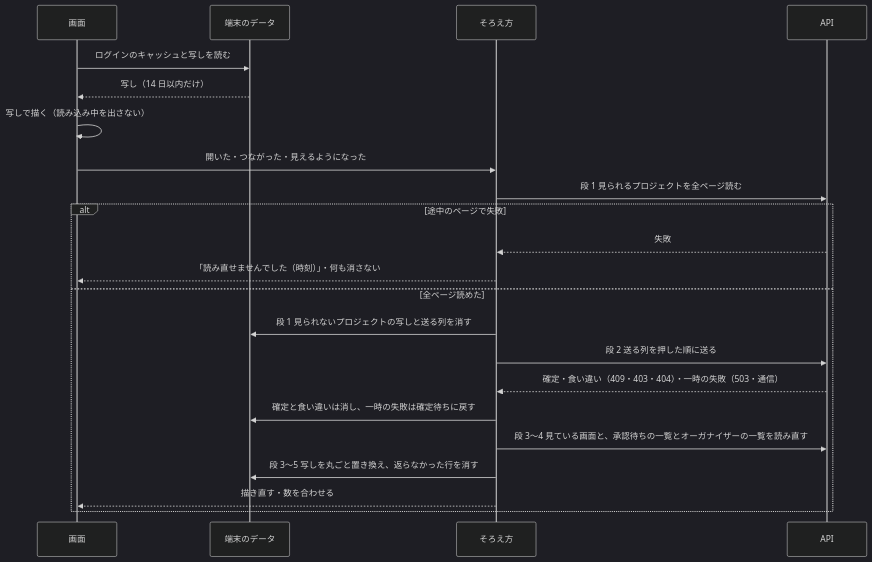
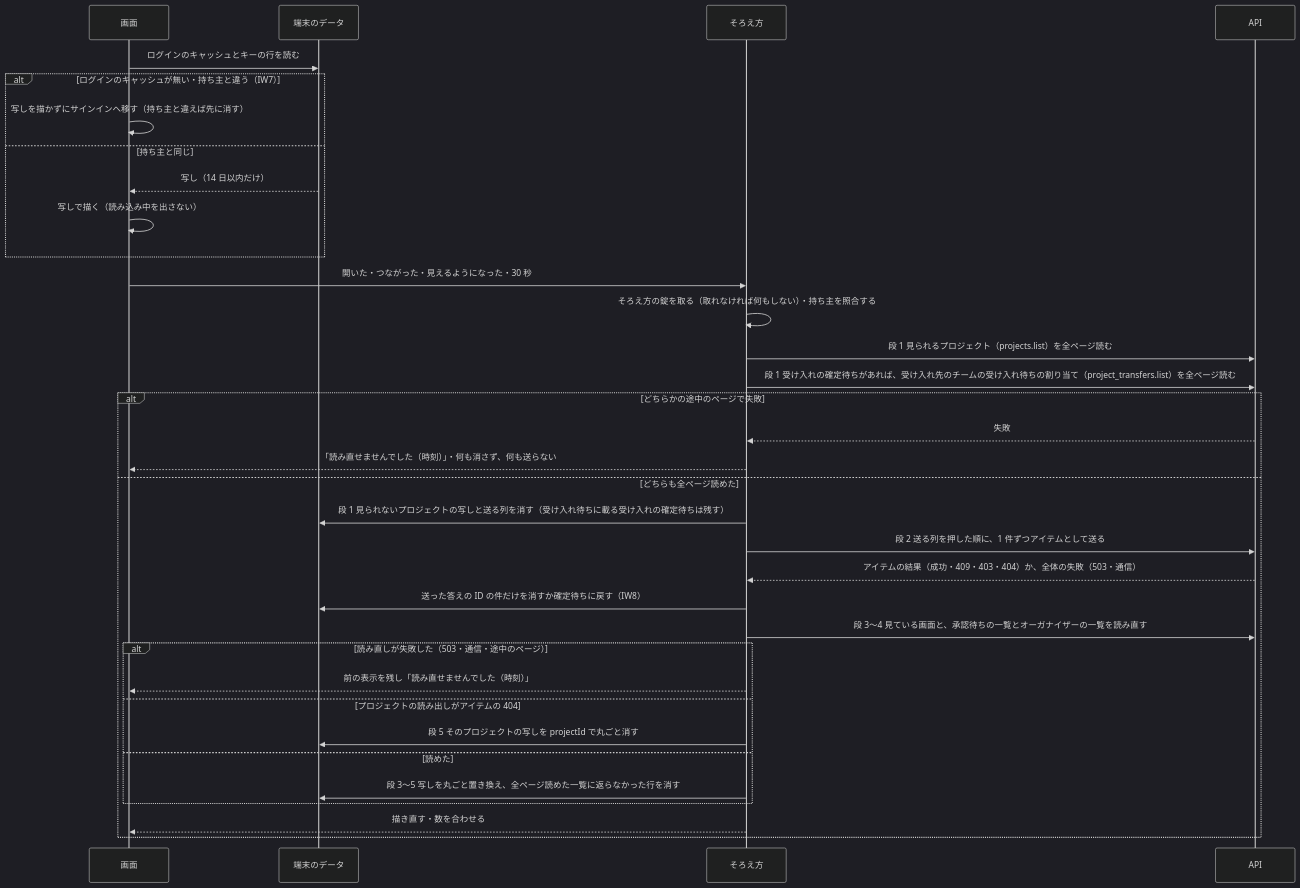
One commit to devbasex/nd-factory changed the fifth of 5 diagrams in issues/issue-12-design.md. Above: the diagram before and after it, drawn with Mermaid (dark theme). The commit also changed other lines of this file and 3 other files, not shown here.

````diff
--- a/issues/issue-12-design.md
+++ b/issues/issue-12-design.md
@@ -252,24 +314,36 @@
 ```mermaid
 sequenceDiagram
   participant P as 画面
   participant D as 端末のデータ
   participant Y as そろえ方
   participant A as API
-  P->>D: ログインのキャッシュと写しを読む
-  D-->>P: 写し（14 日以内だけ）
-  P->>P: 写しで描く（読み込み中を出さない）
-  P->>Y: 開いた・つながった・見えるようになった
-  Y->>A: 段 1 見られるプロジェクトを全ページ読む
-  alt 途中のページで失敗
+  P->>D: ログインのキャッシュとキーの行を読む
+  alt ログインのキャッシュが無い・持ち主と違う（IW7）
+    P->>P: 写しを描かずにサインインへ移す（持ち主と違えば先に消す）
+  else 持ち主と同じ
+    D-->>P: 写し（14 日以内だけ）
+    P->>P: 写しで描く（読み込み中を出さない）
+  end
+  P->>Y: 開いた・つながった・見えるようになった・30 秒
+  Y->>Y: そろえ方の錠を取る（取れなければ何もしない）・持ち主を照合する
+  Y->>A: 段 1 見られるプロジェクト（projects.list）を全ページ読む
+  Y->>A: 段 1 受け入れの確定待ちがあれば、受け入れ先のチームの受け入れ待ちの割り当て（project_transfers.list）を全ページ読む
+  alt どちらかの途中のページで失敗
     A-->>Y: 失敗
-    Y-->>P: 「読み直せませんでした（時刻）」・何も消さない
-  else 全ページ読めた
-    Y->>D: 段 1 見られないプロジェクトの写しと送る列を消す
-    Y->>A: 段 2 送る列を押した順に送る
-    A-->>Y: 確定・食い違い（409・403・404）・一時の失敗（503・通信）
-    Y->>D: 確定と食い違いは消し、一時の失敗は確定待ちに戻す
+    Y-->>P: 「読み直せませんでした（時刻）」・何も消さず、何も送らない
+  else どちらも全ページ読めた
+    Y->>D: 段 1 見られないプロジェクトの写しと送る列を消す（受け入れ待ちに載る受け入れの確定待ちは残す）
+    Y->>A: 段 2 送る列を押した順に、1 件ずつアイテムとして送る
+    A-->>Y: アイテムの結果（成功・409・403・404）か、全体の失敗（503・通信）
+    Y->>D: 送った答えの ID の件だけを消すか確定待ちに戻す（IW8）
     Y->>A: 段 3〜4 見ている画面と、承認待ちの一覧とオーガナイザーの一覧を読み直す
-    Y->>D: 段 3〜5 写しを丸ごと置き換え、返らなかった行を消す
+    alt 読み直しが失敗した（503・通信・途中のページ）
+      Y-->>P: 前の表示を残し「読み直せませんでした（時刻）」
+    else プロジェクトの読み出しがアイテムの 404
+      Y->>D: 段 5 そのプロジェクトの写しを projectId で丸ごと消す
+    else 読めた
+      Y->>D: 段 3〜5 写しを丸ごと置き換え、全ページ読めた一覧に返らなかった行を消す
+    end
     Y-->>P: 描き直す・数を合わせる
   end
 ```
````
